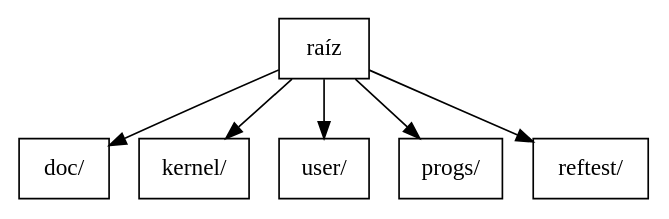
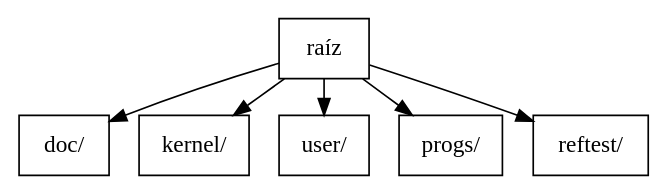
One commit to crazy2k/zafio changed the diagram in doc/zafio.rst. Above: the diagram before and after it, drawn with Graphviz.

Commit message:
Retocar pavada en documentacion

```diff
--- a/doc/zafio.rst
+++ b/doc/zafio.rst
@@ -18,15 +18,17 @@
 .. graphviz::
 
     digraph direcciones {
+        ranksep=0.3
+
         "raíz" [shape=box]
         "doc/" [shape=box]
         "kernel/" [shape=box]
         "user/" [shape=box]
         "progs/" [shape=box]
         "reftest/" [shape=box]
         "raíz" -> "doc/"
         "raíz" -> "kernel/"
         "raíz" -> "user/"
         "raíz" -> "progs/"
         "raíz" -> "reftest/"
     }
```
